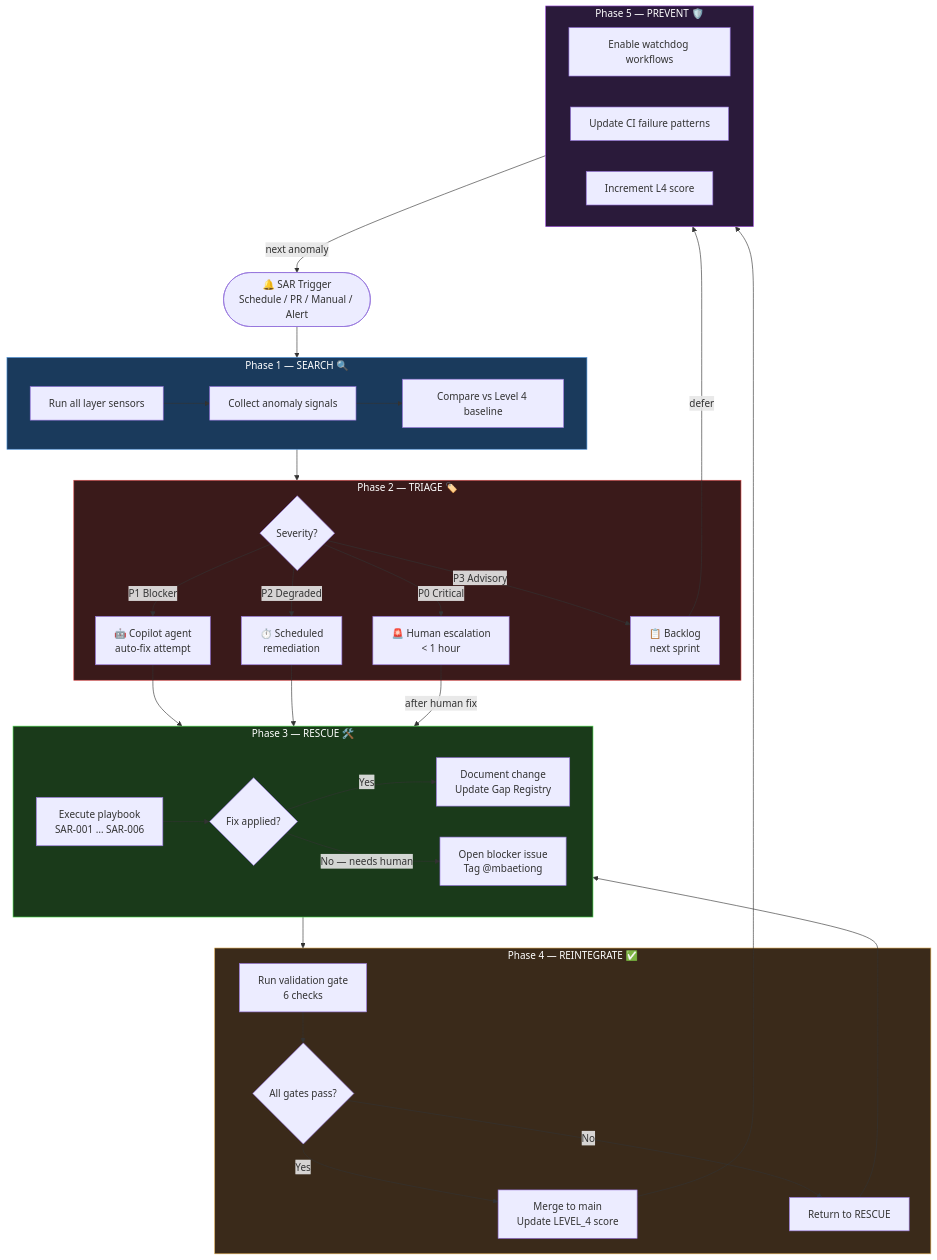
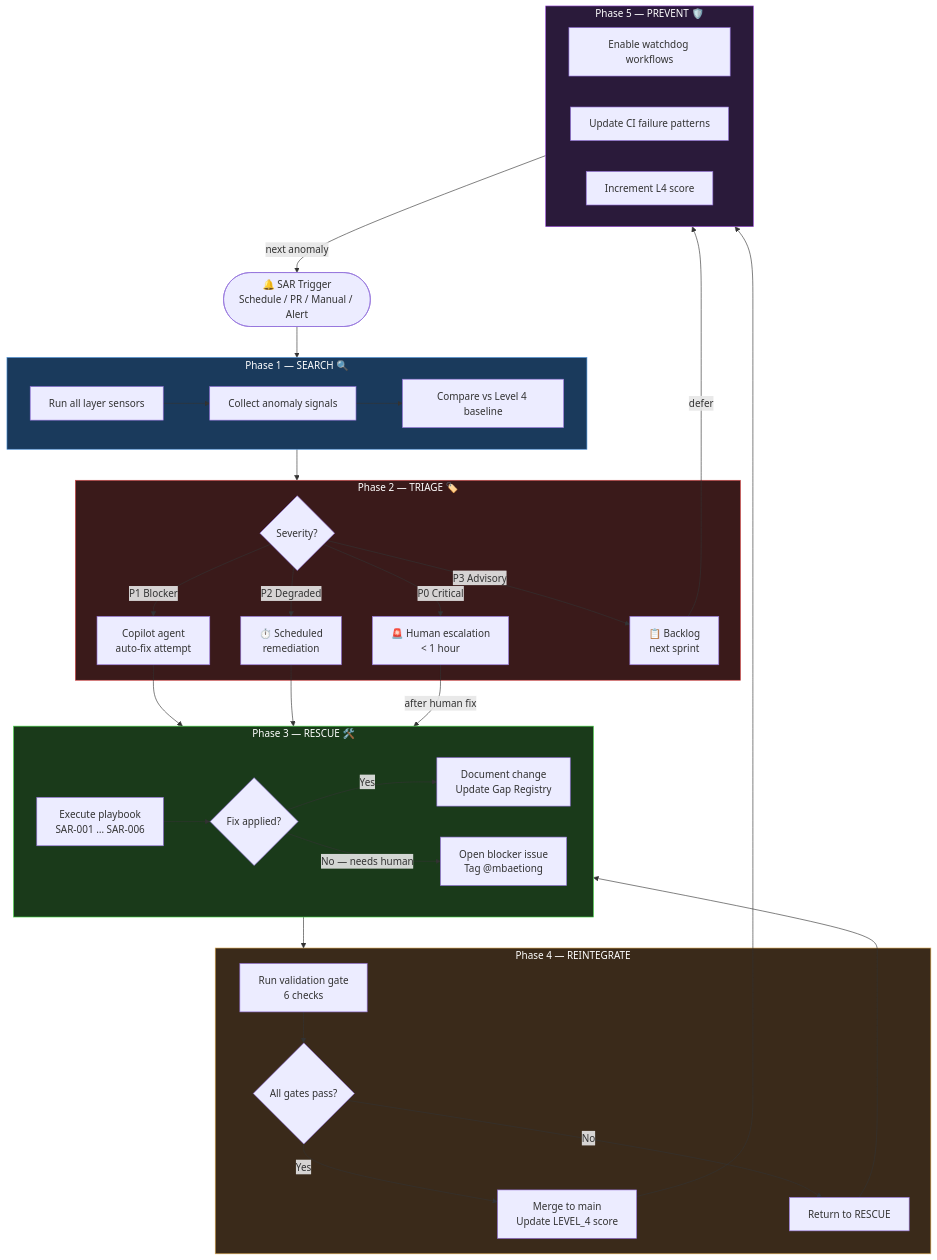
The fourth of 17 diagrams in docs/ops/SAR_METHODOLOGY.md (Aries-Serpent/_codex_), drawn with Mermaid before and after one commit. The commit also changed other lines of this file and 2029 other files, not shown here.

````diff
--- a/docs/ops/SAR_METHODOLOGY.md
+++ b/docs/ops/SAR_METHODOLOGY.md
@@ -155,53 +157,53 @@
 ```mermaid
 %%{init: {'accessibility': {'title': 'Flowchart showing 🔔 SAR Trigger\nSchedule / PR / Manual / Alert, "Phase 1 — SEARCH 🔍"'}}%%
 flowchart TD
     TRIGGER([🔔 SAR Trigger\nSchedule / PR / Manual / Alert]) --> SEARCH
 
     subgraph SEARCH["Phase 1 — SEARCH 🔍"]
         S1[Run all layer sensors] --> S2[Collect anomaly signals]
         S2 --> S3[Compare vs Level 4 baseline]
     end
 
     subgraph TRIAGE["Phase 2 — TRIAGE 🏷️"]
         T1{Severity?}
         T1 -->|P0 Critical| T_P0[🚨 Human escalation\n< 1 hour]
-        T1 -->|P1 Blocker| T_P1[🤖 Copilot agent\nauto-fix attempt]
+        T1 -->|P1 Blocker| T_P1[ Copilot agent\nauto-fix attempt]
         T1 -->|P2 Degraded| T_P2[⏱️ Scheduled\nremediation]
         T1 -->|P3 Advisory| T_P3[📋 Backlog\nnext sprint]
     end
 
     subgraph RESCUE["Phase 3 — RESCUE 🛠️"]
         R1[Execute playbook\nSAR-001 … SAR-006]
         R1 --> R2{Fix applied?}
         R2 -->|Yes| R3[Document change\nUpdate Gap Registry]
         R2 -->|No — needs human| R4[Open blocker issue\nTag @mbaetiong]
     end
 
-    subgraph REINTEGRATE["Phase 4 — REINTEGRATE ✅"]
+    subgraph REINTEGRATE["Phase 4 — REINTEGRATE "]
         V1[Run validation gate\n6 checks] --> V2{All gates pass?}
         V2 -->|Yes| V3[Merge to main\nUpdate LEVEL_4 score]
         V2 -->|No| V4[Return to RESCUE]
     end
 
     subgraph PREVENT["Phase 5 — PREVENT 🛡️"]
         P1[Enable watchdog workflows]
         P2[Update CI failure patterns]
         P3[Increment L4 score]
     end
 
     SEARCH --> TRIAGE
     T_P1 --> RESCUE
     T_P2 --> RESCUE
     T_P3 -->|defer| PREVENT
     T_P0 -->|after human fix| RESCUE
     RESCUE --> REINTEGRATE
     V3 --> PREVENT
     V4 --> RESCUE
     PREVENT -->|next anomaly| TRIGGER
 
     style SEARCH fill:#1a3a5c,stroke:#4a90d9,color:#fff
     style TRIAGE fill:#3a1a1a,stroke:#d94a4a,color:#fff
     style RESCUE fill:#1a3a1a,stroke:#4ad94a,color:#fff
     style REINTEGRATE fill:#3a2a1a,stroke:#d9a44a,color:#fff
     style PREVENT fill:#2a1a3a,stroke:#9a4ad9,color:#fff
 ```
````
